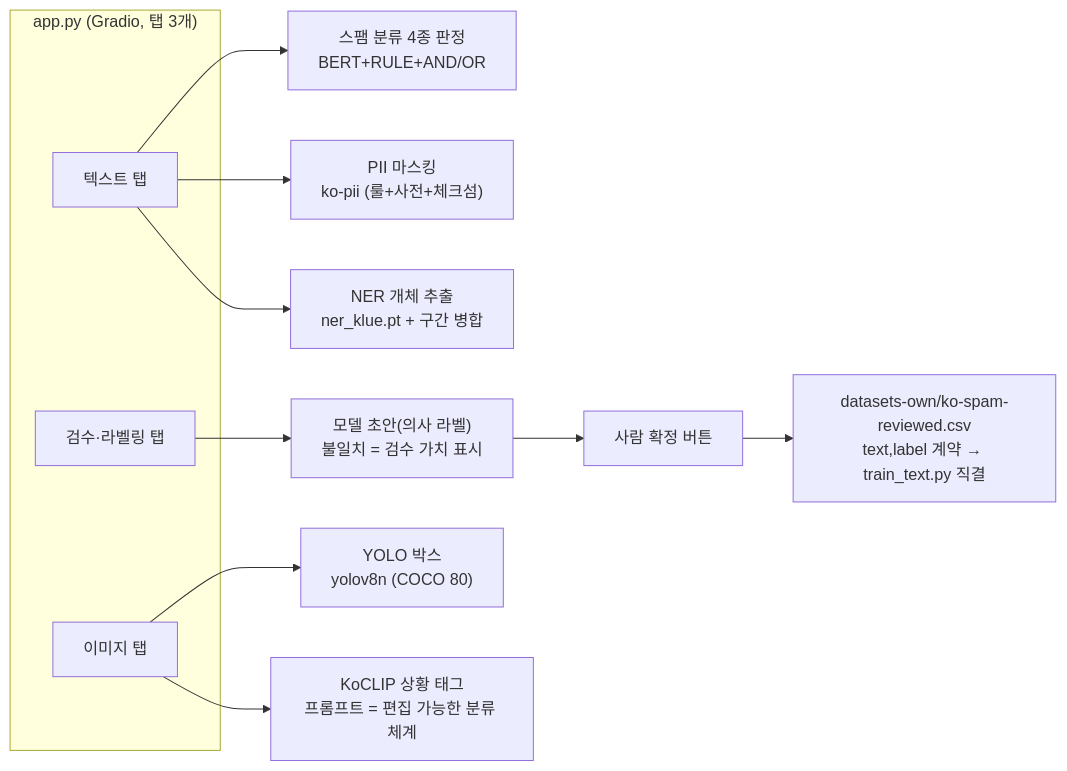
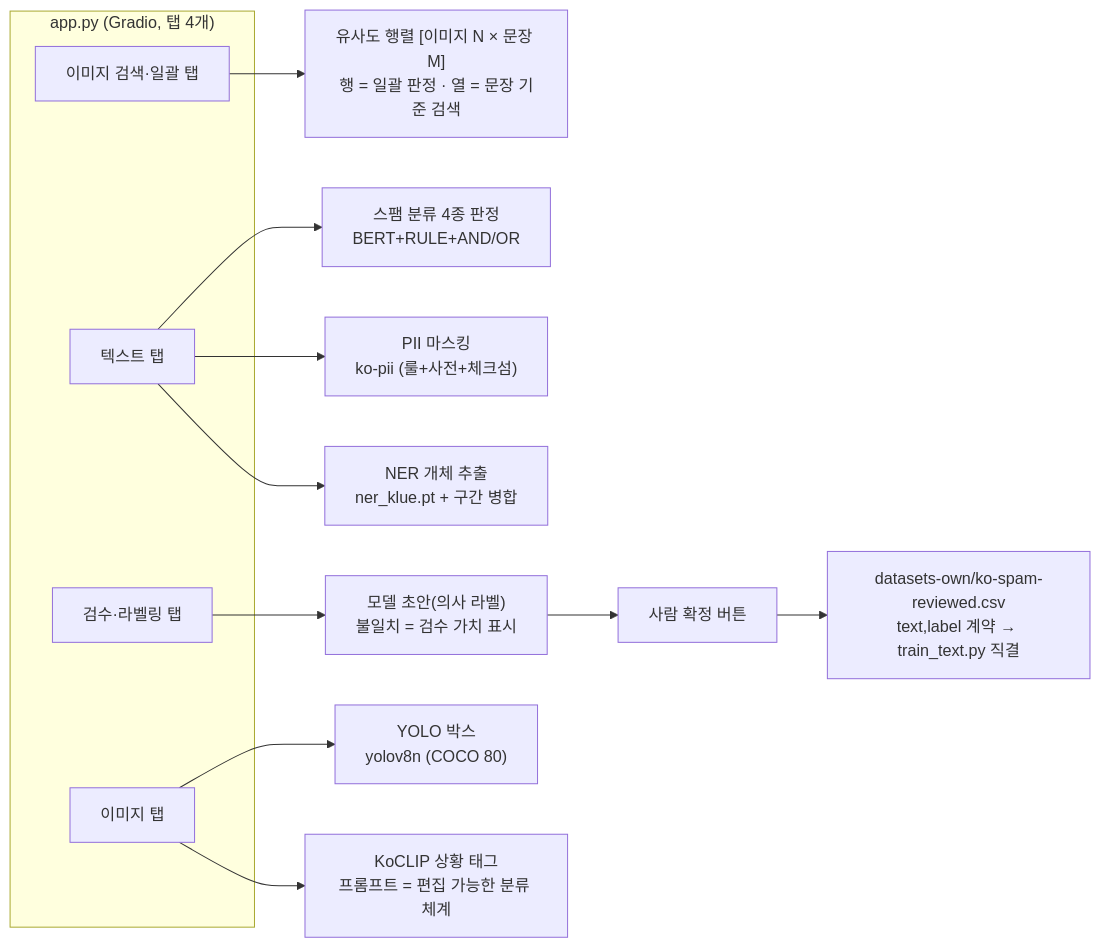
The diagram in 30-References/rnd-uxui-demo/01-구성도.md (hyoungwonkang/python_prac_with_obsidian), drawn with Mermaid before and after one commit. The commit also changed 3 other files, not shown here.

First line of the commit message:
feat(rnd-uxui-demo): 이미지 검색·일괄 탭 — 유사도 행렬의 양방향 읽기

````diff
--- a/30-References/rnd-uxui-demo/01-구성도.md
+++ b/30-References/rnd-uxui-demo/01-구성도.md
@@ -7,15 +7,17 @@
 ```mermaid
 flowchart LR
-    subgraph UI["app.py (Gradio, 탭 3개)"]
+    subgraph UI["app.py (Gradio, 탭 4개)"]
         T["텍스트 탭"]
         R["검수·라벨링 탭"]
         I["이미지 탭"]
+        B["이미지 검색·일괄 탭"]
     end
+    B --> M["유사도 행렬 [이미지 N × 문장 M]<br/>행 = 일괄 판정 · 열 = 문장 기준 검색"]
     T --> C["스팸 분류 4종 판정<br/>BERT+RULE+AND/OR"]
     T --> P["PII 마스킹<br/>ko-pii (룰+사전+체크섬)"]
     T --> N["NER 개체 추출<br/>ner_klue.pt + 구간 병합"]
     R --> D["모델 초안(의사 라벨)<br/>불일치 = 검수 가치 표시"]
     D --> H["사람 확정 버튼"] --> A["datasets-own/ko-spam-reviewed.csv<br/>text,label 계약 → train_text.py 직결"]
     I --> Y["YOLO 박스<br/>yolov8n (COCO 80)"]
     I --> K["KoCLIP 상황 태그<br/>프롬프트 = 편집 가능한 분류 체계"]
 ```
````
